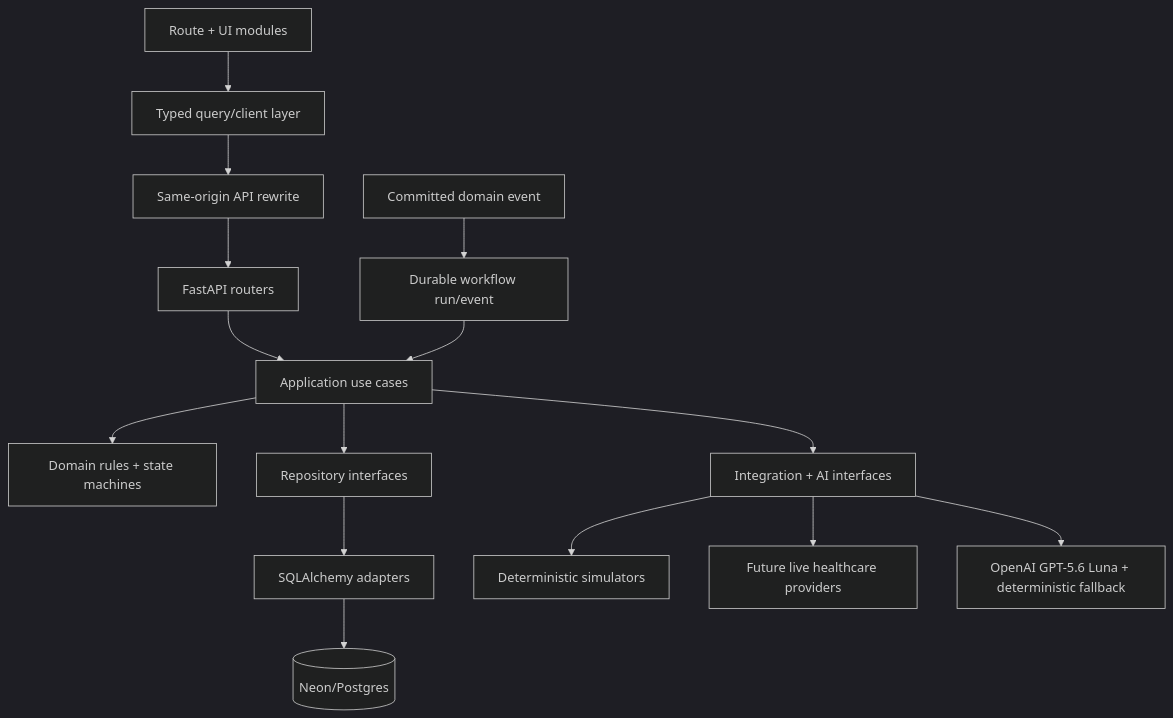
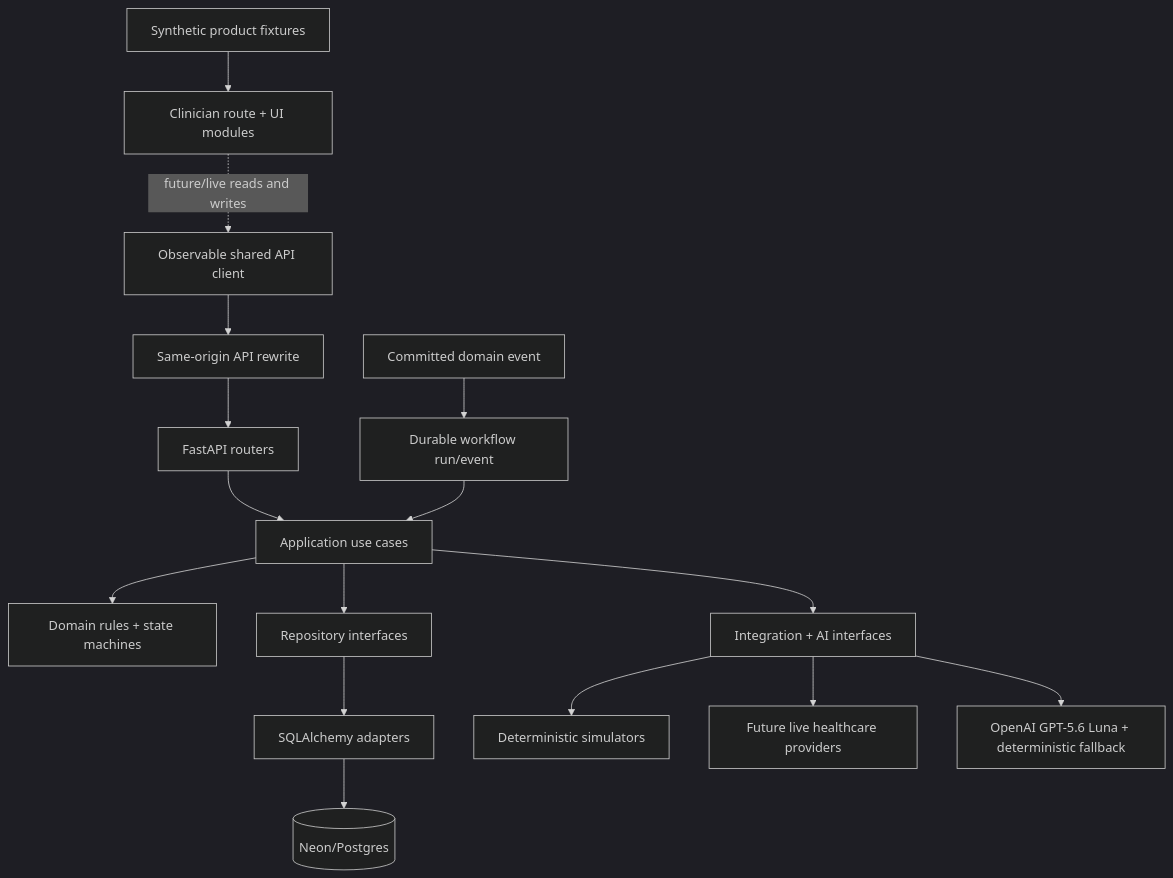
Before and after one commit to ambrosia-health/ehr: the second of 5 diagrams in docs/architecture.md, drawn with Mermaid (dark theme). The commit also changed other lines of this file and 104 other files, not shown here.

````diff
--- a/docs/architecture.md
+++ b/docs/architecture.md
@@ -40,18 +40,19 @@
 ```mermaid
 flowchart TD
-    UI["Route + UI modules"] --> QC["Typed query/client layer"]
+    FX["Synthetic product fixtures"] --> UI["Clinician route + UI modules"]
+    UI -. "future/live reads and writes" .-> QC["Observable shared API client"]
     QC --> PX["Same-origin API rewrite"]
     PX --> RT["FastAPI routers"]
     RT --> UC["Application use cases"]
     UC --> DM["Domain rules + state machines"]
     UC --> RP["Repository interfaces"]
     UC --> IP["Integration + AI interfaces"]
     RP --> SA["SQLAlchemy adapters"]
     SA --> PG[("Neon/Postgres")]
     IP --> SIM["Deterministic simulators"]
     IP --> LIVE["Future live healthcare providers"]
     IP --> AI["OpenAI GPT-5.6 Luna + deterministic fallback"]
 
     EV["Committed domain event"] --> WF["Durable workflow run/event"]
     WF --> UC
 ```
````
